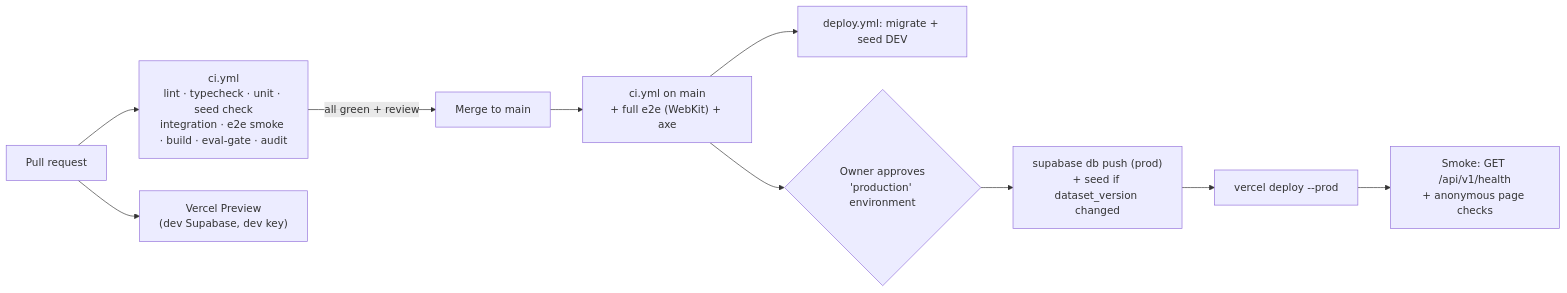
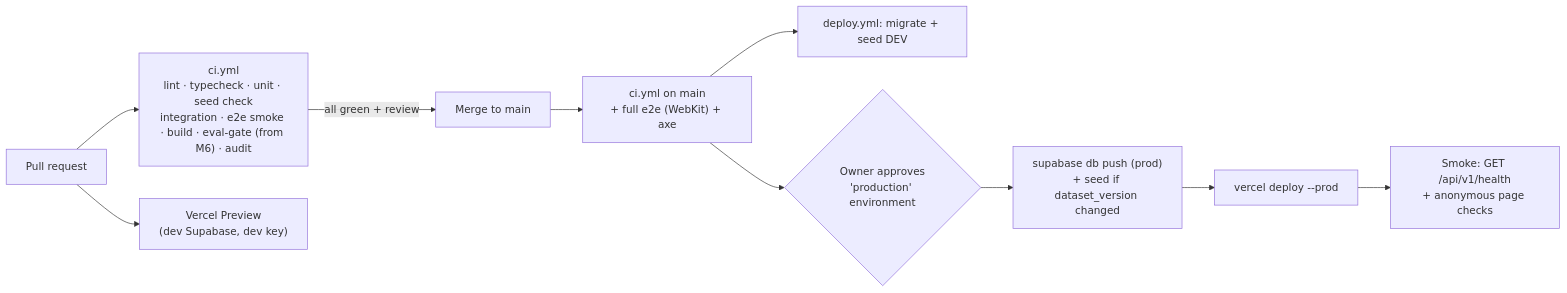
Before and after one commit to dbaid-code/fitness-coach: the eighth of 8 diagrams in docs/engineering/engineering-doc.md, drawn with Mermaid. The commit also changed other lines of this file and 1 other file, not shown here.

````diff
--- a/docs/engineering/engineering-doc.md
+++ b/docs/engineering/engineering-doc.md
@@ -3214,12 +3219,12 @@
 ```mermaid
 flowchart LR
-    PR[Pull request] --> CI["ci.yml<br/>lint · typecheck · unit · seed check<br/>integration · e2e smoke · build · eval-gate · audit"]
+    PR[Pull request] --> CI["ci.yml<br/>lint · typecheck · unit · seed check<br/>integration · e2e smoke · build · eval-gate (from M6) · audit"]
     PR --> PV["Vercel Preview<br/>(dev Supabase, dev key)"]
     CI -->|all green + review| MG[Merge to main]
     MG --> CIM["ci.yml on main<br/>+ full e2e (WebKit) + axe"]
     CIM --> DEV["deploy.yml: migrate + seed DEV"]
     CIM --> APR{"Owner approves<br/>'production' environment"}
     APR --> MIG["supabase db push (prod)<br/>+ seed if dataset_version changed"]
     MIG --> DEP["vercel deploy --prod"]
     DEP --> SMK["Smoke: GET /api/v1/health<br/>+ anonymous page checks"]
 ```
````
